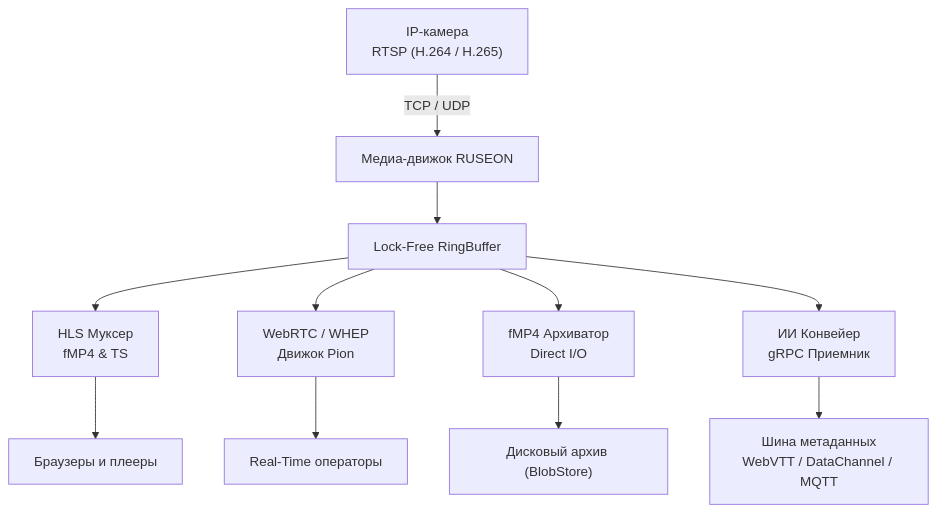
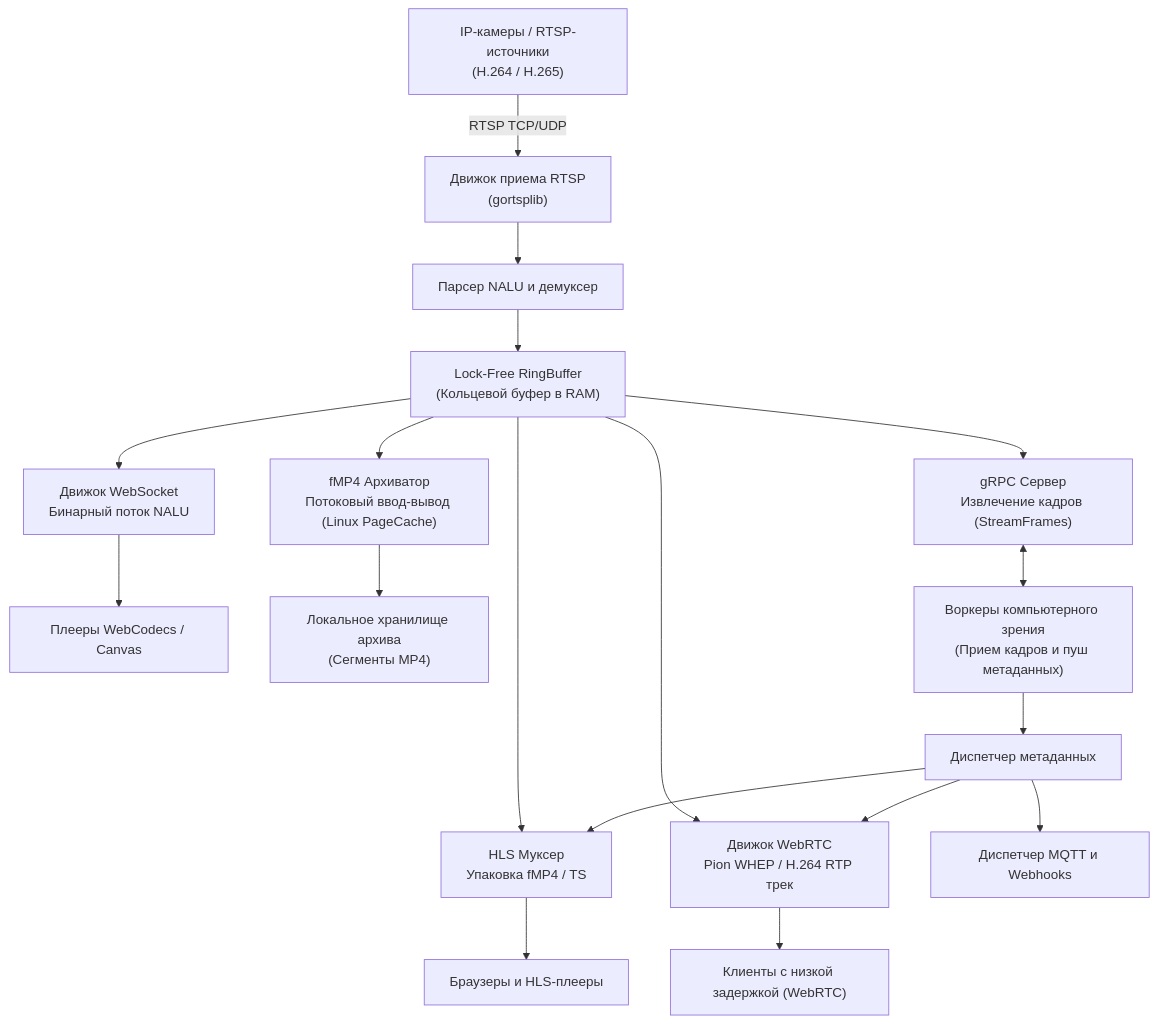
Before and after one commit to RUSEGAL/ruseon-core: the diagram in README.ru.md, drawn with Mermaid. The commit also changed other lines of this file and 1 other file, not shown here.

````diff
--- a/README.ru.md
+++ b/README.ru.md
@@ -57,16 +66,24 @@
 ```mermaid
 flowchart TD
-    CAMERA["IP-камера<br/>RTSP (H.264 / H.265)"] -->|TCP / UDP| CORE["Медиа-движок RUSEON"]
+    CAM["IP-камеры / RTSP-источники<br/>(H.264 / H.265)"] -->|RTSP TCP/UDP| INGEST["Движок приема RTSP<br/>(gortsplib)"]
+    
+    INGEST --> NALU["Парсер NALU и демуксер"]
+    NALU --> RING["Lock-Free RingBuffer<br/>(Кольцевой буфер в RAM)"]
 
-    CORE --> RING["Lock-Free RingBuffer"]
+    RING --> HLS["HLS Муксер<br/>Упаковка fMP4 / TS"]
+    RING --> WEBRTC["Движок WebRTC<br/>Pion WHEP / H.264 RTP трек"]
+    RING --> WS["Движок WebSocket<br/>Бинарный поток NALU"]
+    RING --> RECORDER["fMP4 Архиватор<br/>Потоковый ввод-вывод (Linux PageCache)"]
+    RING --> GRPC["gRPC Сервер<br/>Извлечение кадров (StreamFrames)"]
 
-    RING --> HLS["HLS Муксер<br/>fMP4 & TS"]
-    RING --> WEBRTC["WebRTC / WHEP<br/>Движок Pion"]
-    RING --> RECORDER["fMP4 Архиватор<br/>Direct I/O"]
-    RING --> AI["ИИ Конвейер<br/>gRPC Приемник"]
+    HLS --> CLIENT_HLS["Браузеры и HLS-плееры"]
+    WEBRTC --> CLIENT_RTC["Клиенты с низкой задержкой (WebRTC)"]
+    WS --> CLIENT_WS["Плееры WebCodecs / Canvas"]
+    RECORDER --> DISK["Локальное хранилище архива<br/>(Сегменты MP4)"]
+    GRPC <--> AI_WORKER["Воркеры компьютерного зрения<br/>(Прием кадров и пуш метаданных)"]
 
-    HLS --> BROWSER["Браузеры и плееры"]
-    WEBRTC --> CLIENTS["Real-Time операторы"]
-    RECORDER --> ARCHIVE["Дисковый архив (BlobStore)"]
-    AI --> META["Шина метаданных<br/>WebVTT / DataChannel / MQTT"]
+    AI_WORKER --> BUS["Диспетчер метаданных"]
+    BUS --> WEBRTC
+    BUS --> HLS
+    BUS --> MQTT_WH["Диспетчер MQTT и Webhooks"]
 ```
````
